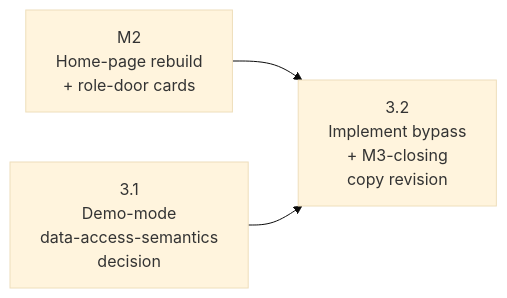
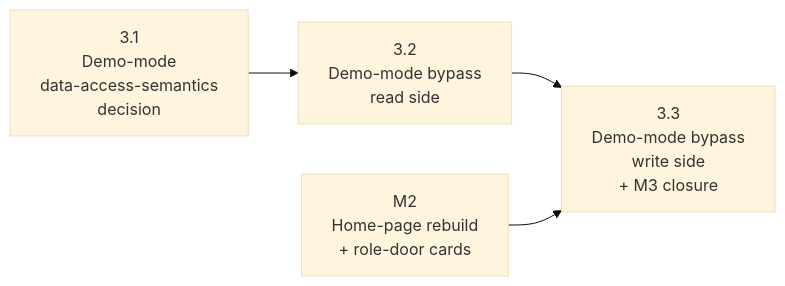
The diagram in docs/plans/epics/demo-expansion/m3-demo-mode-auth-bypass.md (kcrobinson-1/neighborly-events), drawn with Mermaid (base theme) before and after one commit. The commit also changed other lines of this file and 2 other files, not shown here.

````diff
--- a/docs/plans/epics/demo-expansion/m3-demo-mode-auth-bypass.md
+++ b/docs/plans/epics/demo-expansion/m3-demo-mode-auth-bypass.md
@@ -206,9 +221,11 @@
 ```mermaid
 flowchart LR
     M2[M2<br/>Home-page rebuild<br/>+ role-door cards]
     P31[3.1<br/>Demo-mode<br/>data-access-semantics<br/>decision]
-    P32[3.2<br/>Implement bypass<br/>+ M3-closing<br/>copy revision]
+    P32[3.2<br/>Demo-mode bypass<br/>read side]
+    P33[3.3<br/>Demo-mode bypass<br/>write side<br/>+ M3 closure]
 
-    M2 --> P32
     P31 --> P32
+    P32 --> P33
+    M2 --> P33
 ```
````
